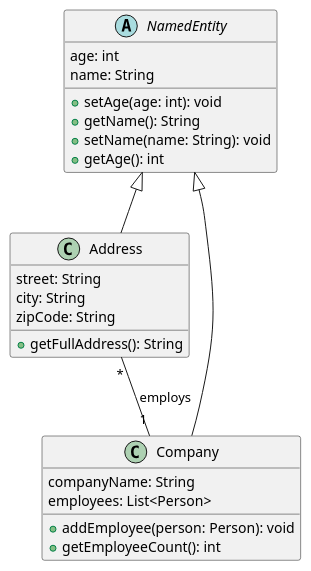
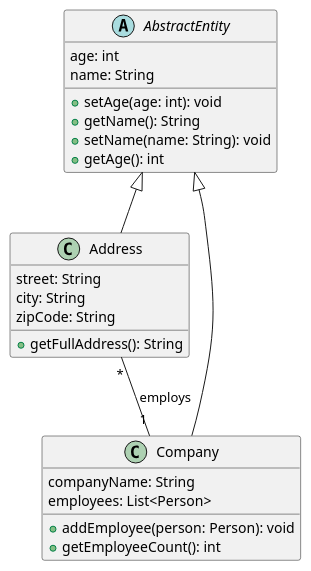
The diagram in test-diagram-enhanced-with-abstraction.puml (Geoffreypierre/uml-enhancing-springboot), drawn with PlantUML before and after one commit. The commit also changed 10 other files, not shown here.

```diff
--- a/test-diagram-enhanced-with-abstraction.puml
+++ b/test-diagram-enhanced-with-abstraction.puml
@@ -1,30 +1,26 @@
 @startuml
-' Abstract Classes (Common Attributes/Methods)
-abstract class NamedEntity {
+abstract class AbstractEntity {
   age: int
   name: String
   +setAge(age: int): void
   +getName(): String
   +setName(name: String): void
   +getAge(): int
 }
-' Concrete Classes
 class Address {
   street: String
   city: String
   zipCode: String
   +getFullAddress(): String
 }
 class Company {
   companyName: String
   employees: List<Person>
   +addEmployee(person: Person): void
   +getEmployeeCount(): int
 }
-' Inheritance Relationships
-NamedEntity <|-- Address
-NamedEntity <|-- Company
+AbstractEntity <|-- Address
+AbstractEntity <|-- Company
 
-' Associations
 Address "*" -- "1" Company : employs
 @enduml
```
